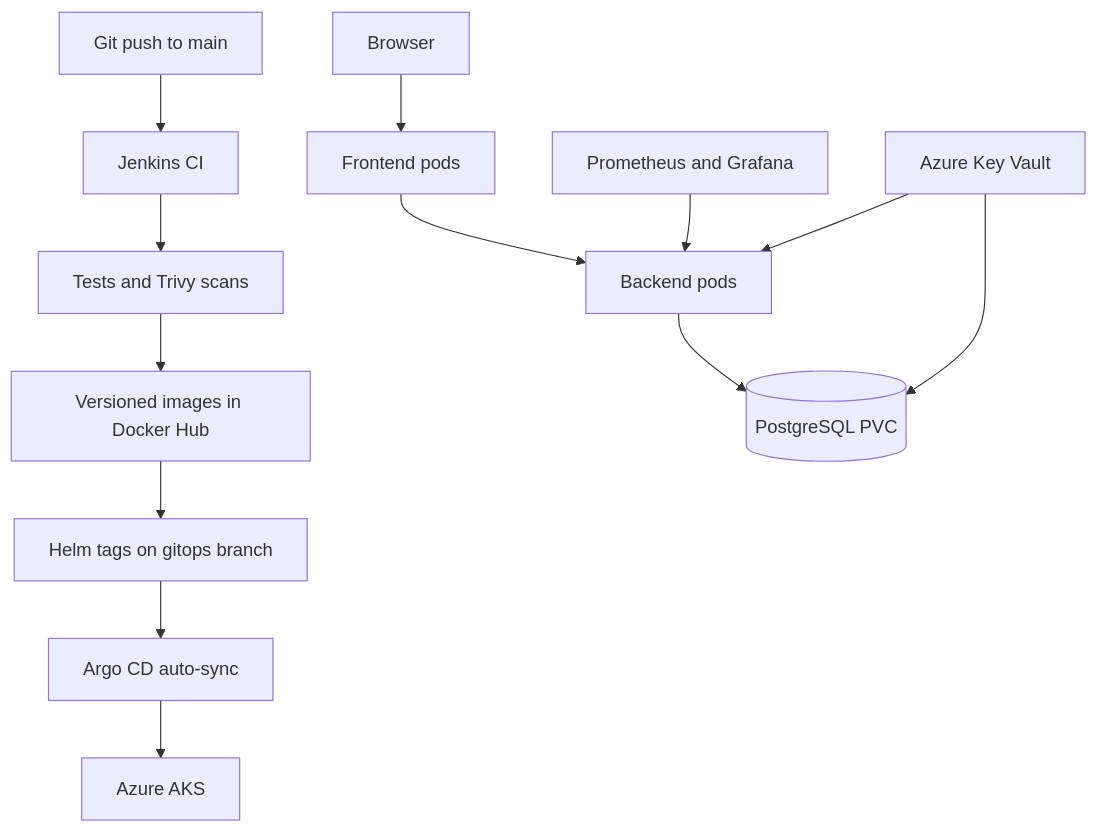
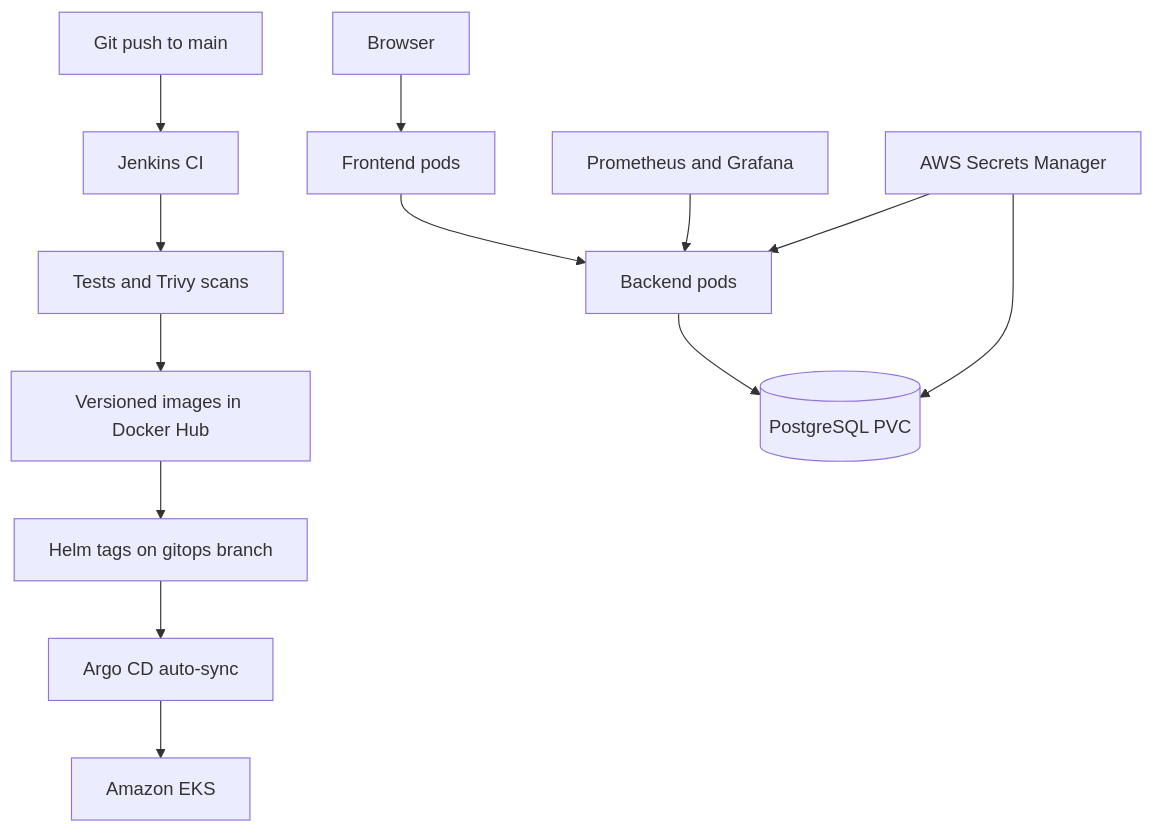
The diagram in README.md (atharva5683/Kubernetes), drawn with Mermaid before and after one commit. The commit also changed other lines of this file and 18 other files, not shown here.

````diff
--- a/README.md
+++ b/README.md
@@ -11,15 +11,15 @@
 ```mermaid
 flowchart TD
     Dev[Git push to main] --> Jenkins[Jenkins CI]
     Jenkins --> Scan[Tests and Trivy scans]
     Scan --> Hub[Versioned images in Docker Hub]
     Hub --> GitOps[Helm tags on gitops branch]
     GitOps --> Argo[Argo CD auto-sync]
-    Argo --> AKS[Azure AKS]
+    Argo --> EKS[Amazon EKS]
     User[Browser] --> Frontend[Frontend pods]
     Frontend --> Backend[Backend pods]
     Backend --> DB[(PostgreSQL PVC)]
     Monitor[Prometheus and Grafana] --> Backend
-    KeyVault[Azure Key Vault] --> Backend
-    KeyVault --> DB
+    SecretsManager[AWS Secrets Manager] --> Backend
+    SecretsManager --> DB
 ```
````
